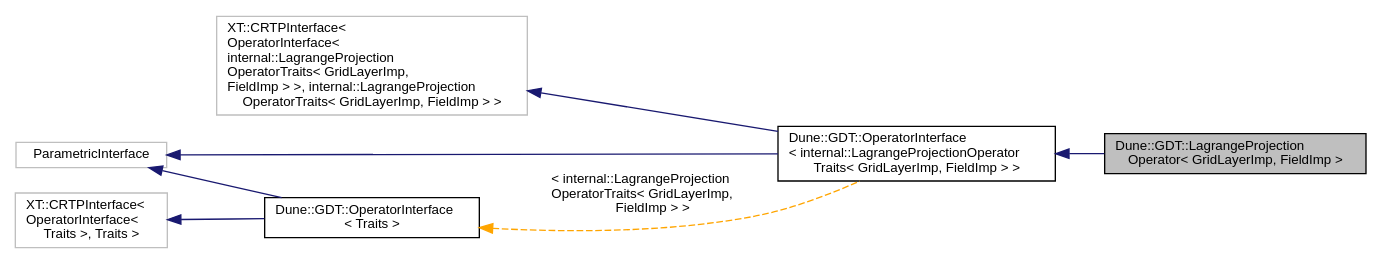
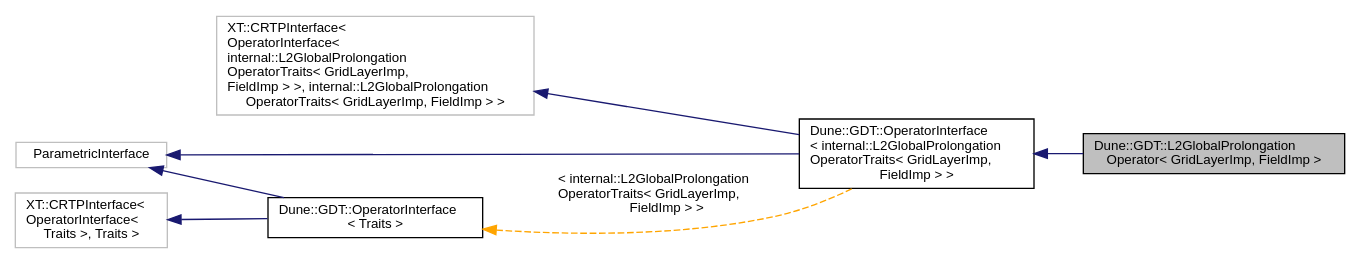
The diagram in docs/dune-gdt/master/a02328.dot (dune-community/dune-community.github.io), drawn with Graphviz before and after one commit. The commit also changed 2446 other files, not shown here.

Commit message:
Updated documentation for dune-gdt master

```diff
--- a/docs/dune-gdt/master/a02328.dot
+++ b/docs/dune-gdt/master/a02328.dot
@@ -1,18 +1,18 @@
-digraph "Dune::GDT::LagrangeProjectionOperator&lt; GridLayerImp, FieldImp &gt;"
+digraph "Dune::GDT::L2GlobalProlongationOperator&lt; GridLayerImp, FieldImp &gt;"
 {
   edge [fontname="Helvetica",fontsize="10",labelfontname="Helvetica",labelfontsize="10"];
   node [fontname="Helvetica",fontsize="10",shape=record];
   rankdir="LR";
-  Node0 [label="Dune::GDT::LagrangeProjection\lOperator\< GridLayerImp, FieldImp \>",height=0.2,width=0.4,color="black", fillcolor="grey75", style="filled", fontcolor="black"];
+  Node0 [label="Dune::GDT::L2GlobalProlongation\lOperator\< GridLayerImp, FieldImp \>",height=0.2,width=0.4,color="black", fillcolor="grey75", style="filled", fontcolor="black"];
   Node1 -> Node0 [dir="back",color="midnightblue",fontsize="10",style="solid",fontname="Helvetica"];
-  Node1 [label="Dune::GDT::OperatorInterface\l\< internal::LagrangeProjectionOperator\lTraits\< GridLayerImp, FieldImp \> \>",height=0.2,width=0.4,color="black", fillcolor="white", style="filled",URL="$a02109.html"];
+  Node1 [label="Dune::GDT::OperatorInterface\l\< internal::L2GlobalProlongation\lOperatorTraits\< GridLayerImp,\l FieldImp \> \>",height=0.2,width=0.4,color="black", fillcolor="white", style="filled",URL="$a02101.html"];
   Node2 -> Node1 [dir="back",color="midnightblue",fontsize="10",style="solid",fontname="Helvetica"];
-  Node2 [label="XT::CRTPInterface\<\l OperatorInterface\<\l internal::LagrangeProjection\lOperatorTraits\< GridLayerImp,\l FieldImp \> \>, internal::LagrangeProjection\lOperatorTraits\< GridLayerImp, FieldImp \> \>",height=0.2,width=0.4,color="grey75", fillcolor="white", style="filled"];
+  Node2 [label="XT::CRTPInterface\<\l OperatorInterface\<\l internal::L2GlobalProlongation\lOperatorTraits\< GridLayerImp,\l FieldImp \> \>, internal::L2GlobalProlongation\lOperatorTraits\< GridLayerImp, FieldImp \> \>",height=0.2,width=0.4,color="grey75", fillcolor="white", style="filled"];
   Node3 -> Node1 [dir="back",color="midnightblue",fontsize="10",style="solid",fontname="Helvetica"];
   Node3 [label="ParametricInterface",height=0.2,width=0.4,color="grey75", fillcolor="white", style="filled"];
-  Node4 -> Node1 [dir="back",color="orange",fontsize="10",style="dashed",label=" \< internal::LagrangeProjection\lOperatorTraits\< GridLayerImp,\l FieldImp \> \>" ,fontname="Helvetica"];
-  Node4 [label="Dune::GDT::OperatorInterface\l\< Traits \>",height=0.2,width=0.4,color="black", fillcolor="white", style="filled",URL="$a02109.html"];
+  Node4 -> Node1 [dir="back",color="orange",fontsize="10",style="dashed",label=" \< internal::L2GlobalProlongation\lOperatorTraits\< GridLayerImp,\l FieldImp \> \>" ,fontname="Helvetica"];
+  Node4 [label="Dune::GDT::OperatorInterface\l\< Traits \>",height=0.2,width=0.4,color="black", fillcolor="white", style="filled",URL="$a02101.html"];
   Node5 -> Node4 [dir="back",color="midnightblue",fontsize="10",style="solid",fontname="Helvetica"];
   Node5 [label="XT::CRTPInterface\<\l OperatorInterface\<\l Traits \>, Traits \>",height=0.2,width=0.4,color="grey75", fillcolor="white", style="filled"];
   Node3 -> Node4 [dir="back",color="midnightblue",fontsize="10",style="solid",fontname="Helvetica"];
 }
```
